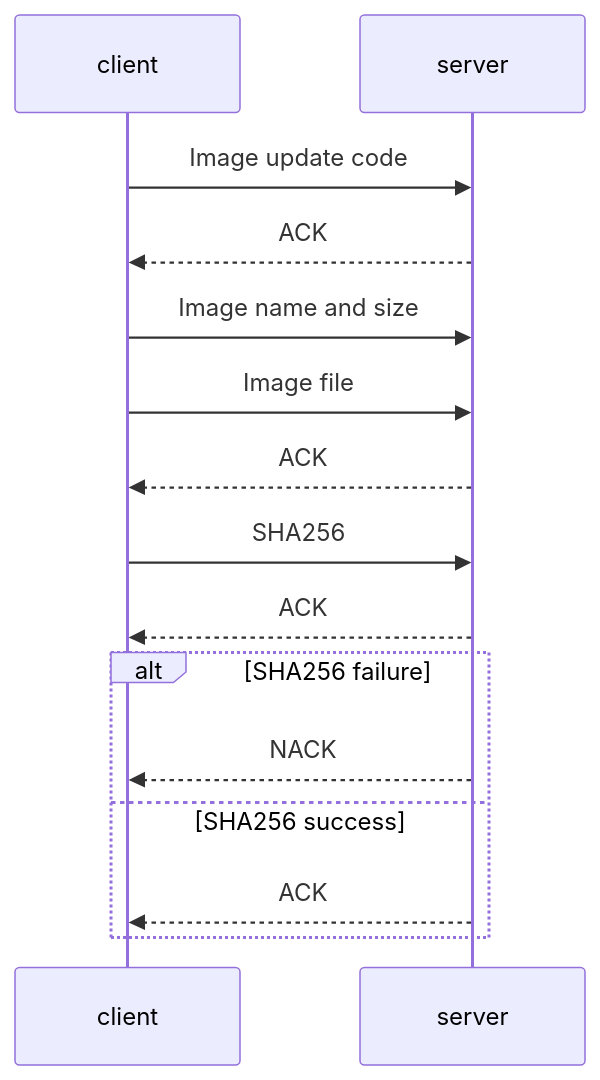
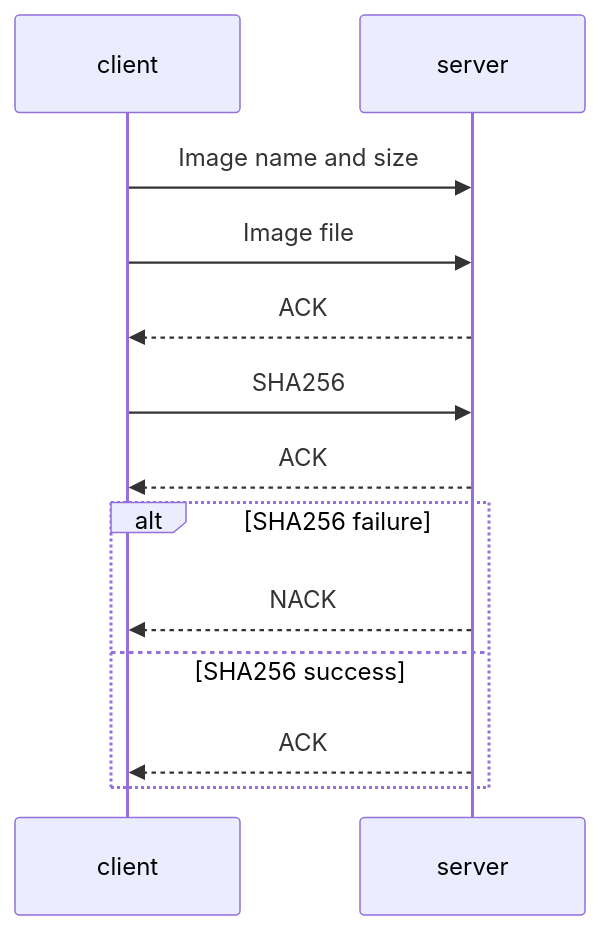
Before and after one commit to mipidisaster/mipiInk.Software: the diagram in common/README.md, drawn with Mermaid. The commit also changed 2 other files, not shown here.

Commit message:
As part of the comment tidy up (#3), also removed majority of the print commands for debug (#9); however haven't replaced with a logging alternative; residual issue to be raised (to be recorded in the issue) Also improved the management of the sockets, as part of #10; so  and  are now class members, and the // whilst in server mode is only defined once (with no socket closure). Also created a singular  socket so could remove the multiple if statements flipflopping between the  (for client) and the  (for server) Also, didn't think I needed that may comments in the script, as believe majority of the signal names, etc. explain what is happening

````diff
--- a/common/README.md
+++ b/common/README.md
@@ -10,15 +10,13 @@
 ```mermaid
 sequenceDiagram
-client->>server: Image update code
-server-->>client: ACK
 client->>server: Image name and size
 client->>server: Image file
 server-->>client: ACK
 client->>server: SHA256
 server-->>client: ACK
 alt SHA256 failure
 	server-->>client: NACK
 else SHA256 success
 	server-->>client: ACK
 end
 ```
````
